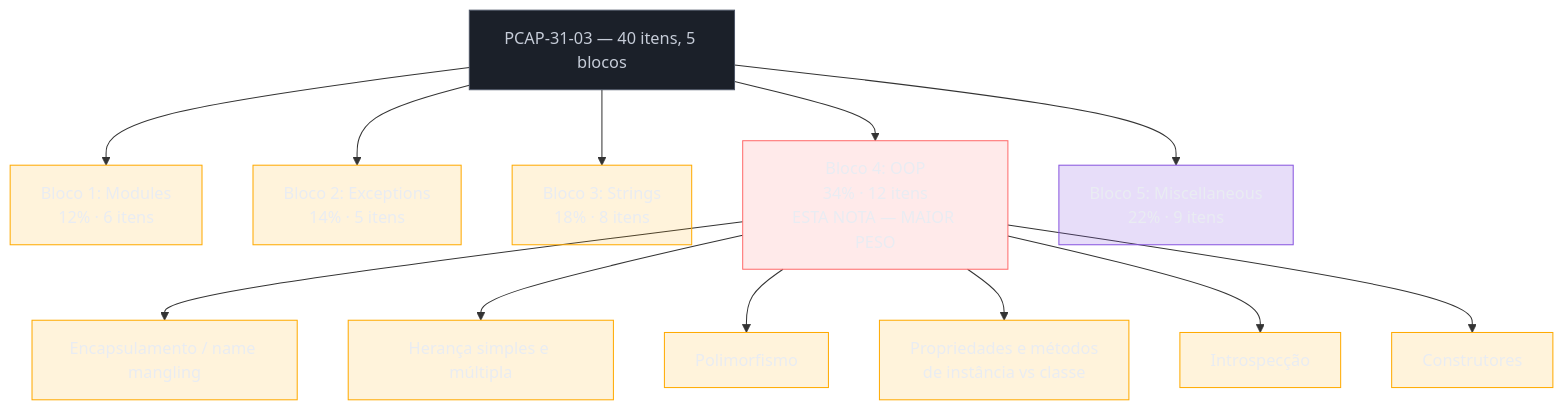
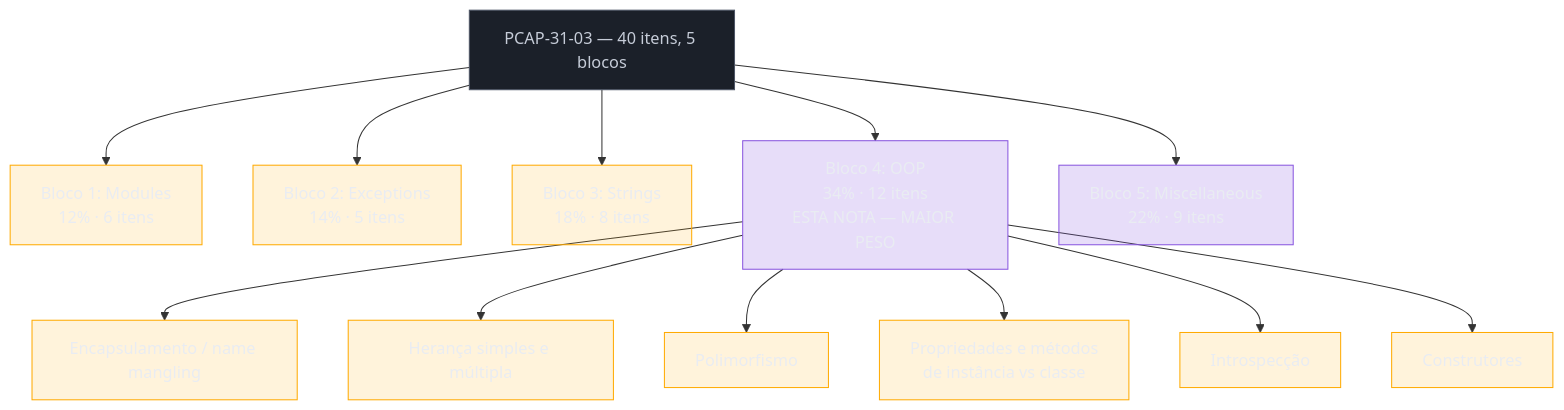
The first of 2 diagrams in 03-Dominios/Tecnologia/Python/Certificação (PCEP-PCAP)/04 - PCAP — orientação a objetos, o bloco de maior peso.md (josenaldo/codex-technomanticus), drawn with Mermaid before and after one commit. The commit also changed other lines of this file and 601 other files, not shown here.

````diff
--- a/03-Dominios/Tecnologia/Python/Certificação (PCEP-PCAP)/04 - PCAP — orientação a objetos, o bloco de maior peso.md
+++ b/03-Dominios/Tecnologia/Python/Certificação (PCEP-PCAP)/04 - PCAP — orientação a objetos, o bloco de maior peso.md
@@ -29,32 +29,31 @@
 ```mermaid
 flowchart TB
     classDef neutro fill:#1B2029,stroke:#4E5666,color:#C6CCD8
-    classDef falha fill:#FF6B6B24,stroke:#FF6B6B,color:#E9ECF2
     classDef destaque fill:#FFAA0024,stroke:#FFAA00,color:#E9ECF2
     classDef marca fill:#8855DF33,stroke:#8855DF,color:#E9ECF2
     PCAP["PCAP-31-03 — 40 itens, 5 blocos"] --> B1["Bloco 1: Modules<br/>12% · 6 itens"]
     PCAP --> B2["Bloco 2: Exceptions<br/>14% · 5 itens"]
     PCAP --> B3["Bloco 3: Strings<br/>18% · 8 itens"]
     PCAP --> B4["Bloco 4: OOP<br/>34% · 12 itens<br/>ESTA NOTA — MAIOR PESO"]
     PCAP --> B5["Bloco 5: Miscellaneous<br/>22% · 9 itens"]
 
     B4 --> I1["Encapsulamento / name mangling"]
     B4 --> I2["Herança simples e múltipla"]
     B4 --> I3["Polimorfismo"]
     B4 --> I4["Propriedades e métodos<br/>de instância vs classe"]
     B4 --> I5["Introspecção"]
     B4 --> I6["Construtores"]
 
     class PCAP neutro
-    class B4 falha
+    class B4 marca
     class B1 destaque
     class B2 destaque
     class B3 destaque
     class B5 marca
     class I1 destaque
     class I2 destaque
     class I3 destaque
     class I4 destaque
     class I5 destaque
     class I6 destaque
 ```
````
